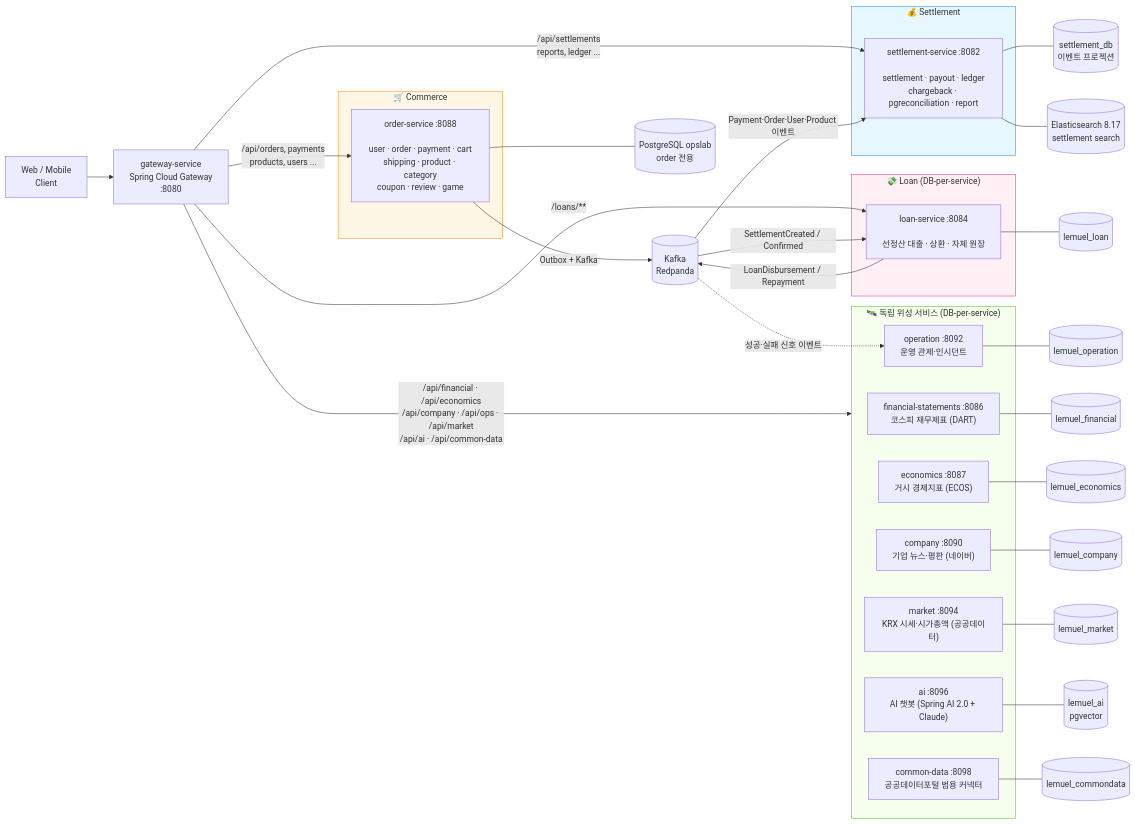
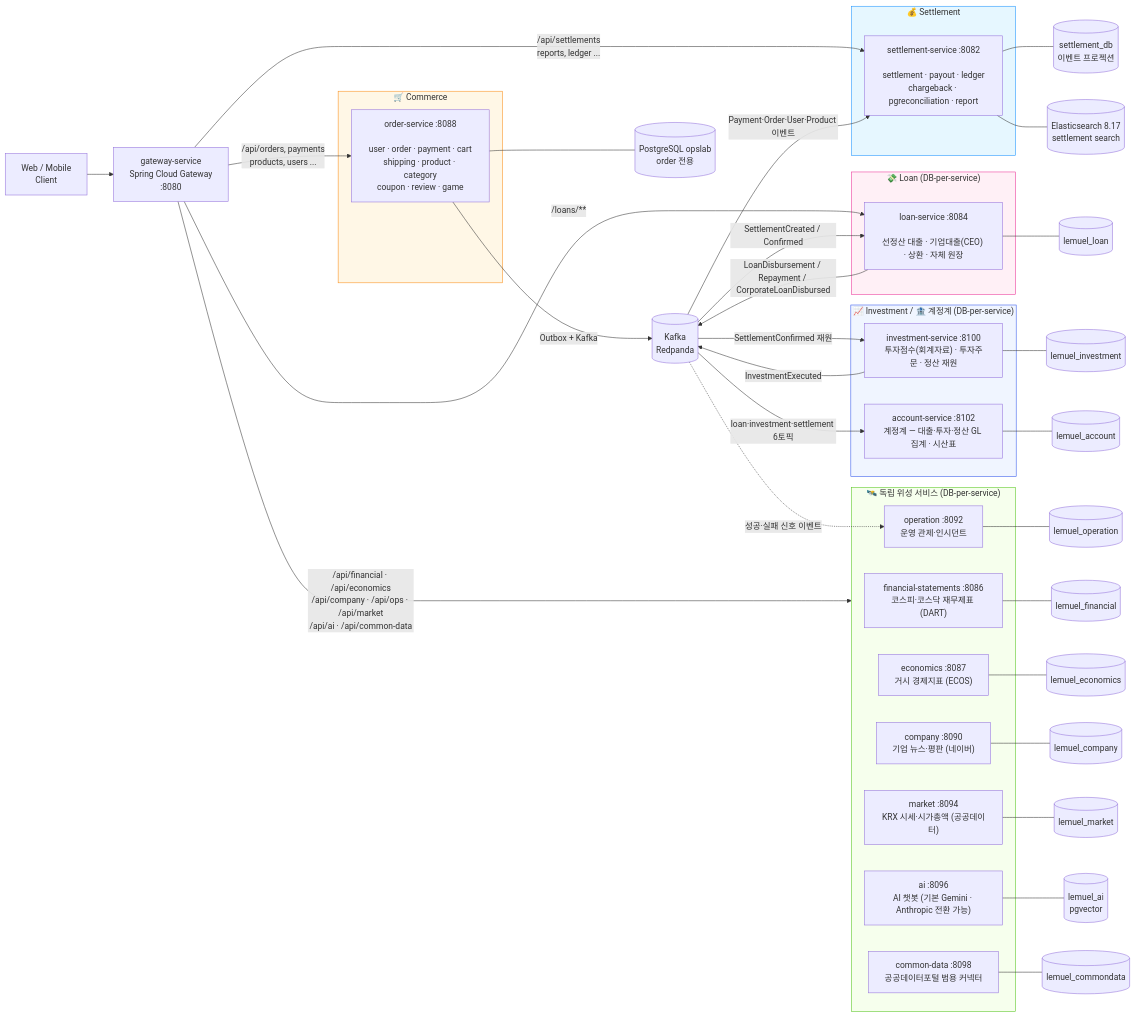
The diagram in README.md (MyoungSoo7/settlement), drawn with Mermaid before and after one commit. The commit also changed other lines of this file and 874 other files, not shown here.

First line of the commit message:
Merge develop into main — 시스템 메뉴 고도화·CEO 인사이트·추천받기·계정계/투자 등 develop 전체 반영 (#145)

````diff
--- a/README.md
+++ b/README.md
@@ -28,52 +28,62 @@
 ```mermaid
 flowchart LR
     Client["Web / Mobile<br/>Client"] --> GW
     GW["gateway-service<br/>Spring Cloud Gateway<br/>:8080"]
 
     GW -->|/api/orders, payments<br/>products, users ...| OS
     GW -->|/api/settlements<br/>reports, ledger ...| SS
     GW -->|/loans/**| LS
     GW -->|/api/financial · /api/economics<br/>/api/company · /api/ops · /api/market<br/>/api/ai · /api/common-data| SAT
 
     subgraph commerce["🛒 Commerce"]
         OS["order-service :8088<br/><br/>user · order · payment · cart<br/>shipping · product · category<br/>coupon · review · game"]
     end
     subgraph settlement["💰 Settlement"]
         SS["settlement-service :8082<br/><br/>settlement · payout · ledger<br/>chargeback · pgreconciliation · report"]
     end
     subgraph loan["💸 Loan (DB-per-service)"]
-        LS["loan-service :8084<br/><br/>선정산 대출 · 상환 · 자체 원장"]
+        LS["loan-service :8084<br/><br/>선정산 대출 · 기업대출(CEO) · 상환 · 자체 원장"]
+    end
+    subgraph fin2["📈 Investment / 🏦 계정계 (DB-per-service)"]
+        INV["investment-service :8100<br/>투자점수(회계자료) · 투자주문 · 정산 재원"]
+        ACC["account-service :8102<br/>계정계 — 대출·투자·정산 GL 집계 · 시산표"]
     end
     subgraph SAT["🛰️ 독립 위성 서비스 (DB-per-service)"]
-        FIN["financial-statements :8086<br/>코스피 재무제표 (DART)"]
+        FIN["financial-statements :8086<br/>코스피·코스닥 재무제표 (DART)"]
         ECO["economics :8087<br/>거시 경제지표 (ECOS)"]
         COM["company :8090<br/>기업 뉴스·평판 (네이버)"]
         OPS["operation :8092<br/>운영 관제·인시던트"]
         MKT["market :8094<br/>KRX 시세·시가총액 (공공데이터)"]
-        AI["ai :8096<br/>AI 챗봇 (Spring AI 2.0 + Claude)"]
+        AI["ai :8096<br/>AI 챗봇 (기본 Gemini · Anthropic 전환 가능)"]
         CDS["common-data :8098<br/>공공데이터포털 범용 커넥터"]
     end
 
     OS -->|Outbox + Kafka| K[(Kafka<br/>Redpanda)]
     K -->|Payment·Order·User·Product 이벤트| SS
     K -->|SettlementCreated / Confirmed| LS
-    LS -->|LoanDisbursement / Repayment| K
+    LS -->|LoanDisbursement / Repayment / CorporateLoanDisbursed| K
+    K -->|SettlementConfirmed 재원| INV
+    INV -->|InvestmentExecuted| K
+    K -->|loan·investment·settlement 6토픽| ACC
     K -.->|성공·실패 신호 이벤트| OPS
 
     OS --- PG[(PostgreSQL opslab<br/>order 전용)]
     SS --- SDB[(settlement_db<br/>이벤트 프로젝션)]
     LS --- LDB[(lemuel_loan)]
     SS --- ES[(Elasticsearch 8.17<br/>settlement search)]
     FIN --- FDB[(lemuel_financial)]
     ECO --- EDB[(lemuel_economics)]
     COM --- CDB[(lemuel_company)]
     OPS --- ODB[(lemuel_operation)]
     MKT --- MDB[(lemuel_market)]
     AI --- AIDB[(lemuel_ai<br/>pgvector)]
     CDS --- CDDB[(lemuel_commondata)]
+    INV --- IDB[(lemuel_investment)]
+    ACC --- ADB[(lemuel_account)]
 
     style commerce fill:#fff7e6,stroke:#fa8c16
     style settlement fill:#e6f7ff,stroke:#1890ff
     style loan fill:#fff0f6,stroke:#eb2f96
+    style fin2 fill:#f0f5ff,stroke:#2f54eb
     style SAT fill:#f6ffed,stroke:#52c41a
 ```
````
